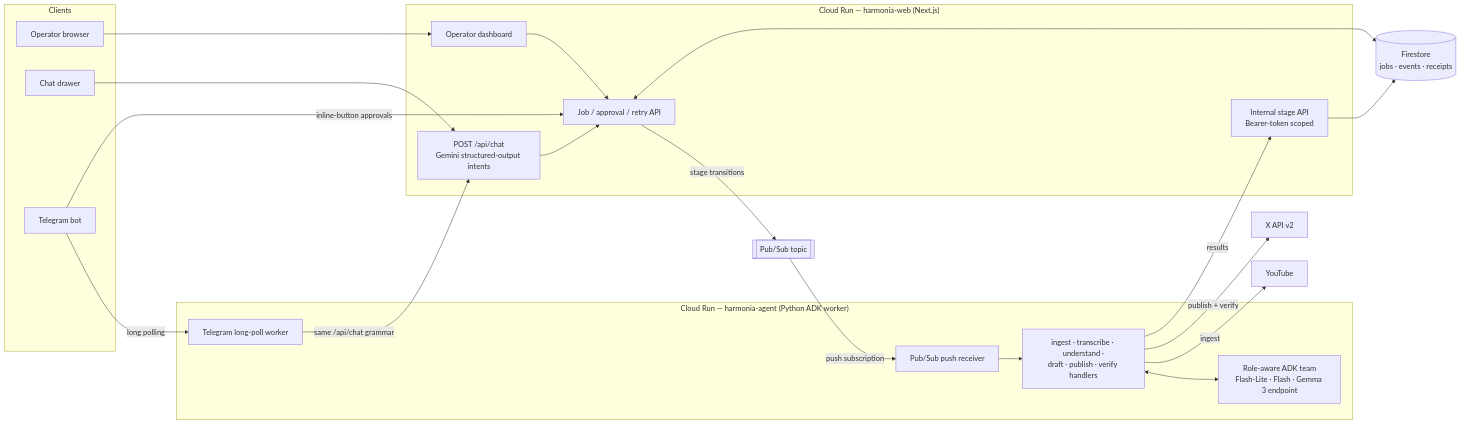
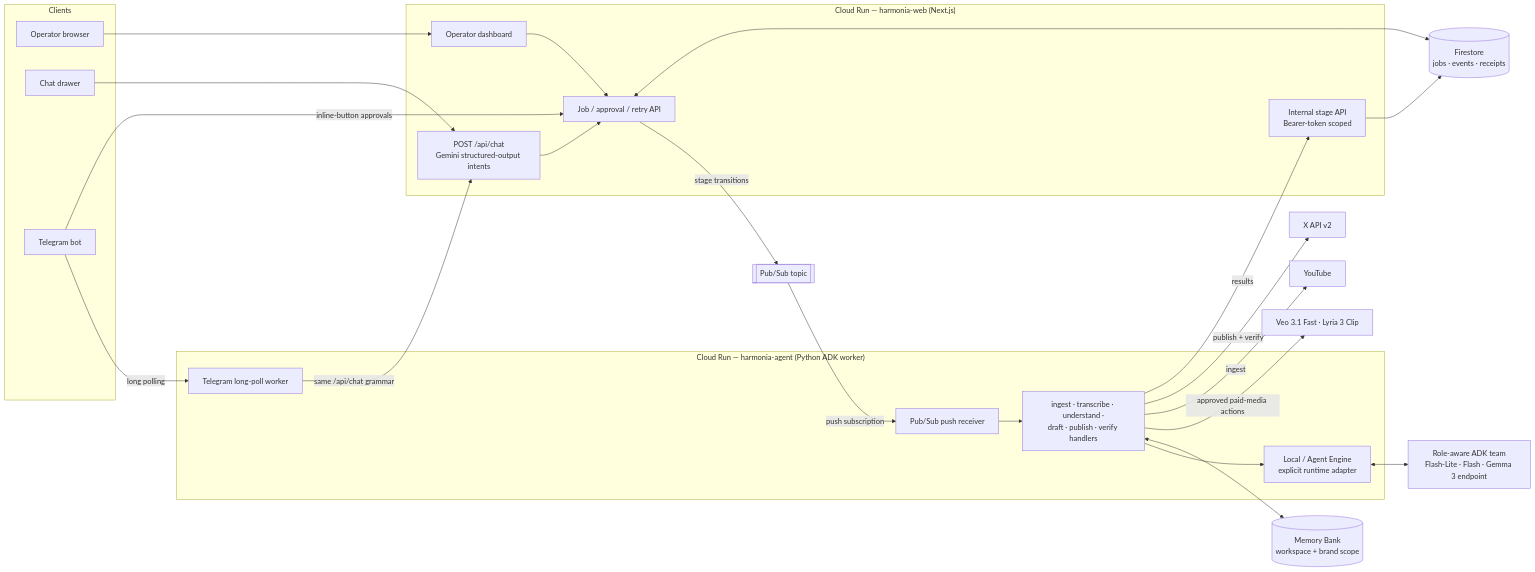
The diagram in README.md (danielAsaboro/harmonia-agents-for-humans), drawn with Mermaid before and after one commit. The commit also changed other lines of this file and 11 other files, not shown here.

````diff
--- a/README.md
+++ b/README.md
@@ -25,39 +25,44 @@
 ```mermaid
 flowchart LR
     subgraph Clients
         U[Operator browser]
         C[Chat drawer]
         T[Telegram bot]
     end
 
     subgraph "Cloud Run — harmonia-web (Next.js)"
         UI[Operator dashboard]
         CHAT["POST /api/chat<br/>Gemini structured-output intents"]
         API[Job / approval / retry API]
         INT[Internal stage API<br/>Bearer-token scoped]
     end
 
     subgraph "Cloud Run — harmonia-agent (Python ADK worker)"
         PUSH["Pub/Sub push receiver"]
         TG["Telegram long-poll worker"]
         STAGES[ingest · transcribe · understand ·<br/>draft · publish · verify handlers]
-        GEMC[Role-aware ADK team<br/>Flash-Lite · Flash · Gemma 3 endpoint]
+        RUNTIME[Local / Agent Engine<br/>explicit runtime adapter]
     end
 
     PS[[Pub/Sub topic]]
     FS[(Firestore<br/>jobs · events · receipts)]
+    MB[(Memory Bank<br/>workspace + brand scope)]
+    GEMC[Role-aware ADK team<br/>Flash-Lite · Flash · Gemma 3 endpoint]
+    MEDIA[Veo 3.1 Fast · Lyria 3 Clip]
     YT[YouTube]
     X[X API v2]
 
     U --> UI --> API
     C --> CHAT --> API
     T -- long polling --> TG -- same /api/chat grammar --> CHAT
     T -- inline-button approvals --> API
     API -- stage transitions --> PS
     API <--> FS
     PS -- push subscription --> PUSH --> STAGES
-    STAGES <--> GEMC
+    STAGES --> RUNTIME <--> GEMC
+    STAGES <--> MB
+    STAGES -- approved paid-media actions --> MEDIA
     STAGES -- ingest --> YT
     STAGES -- publish + verify --> X
     STAGES -- results --> INT --> FS
 ```
````
